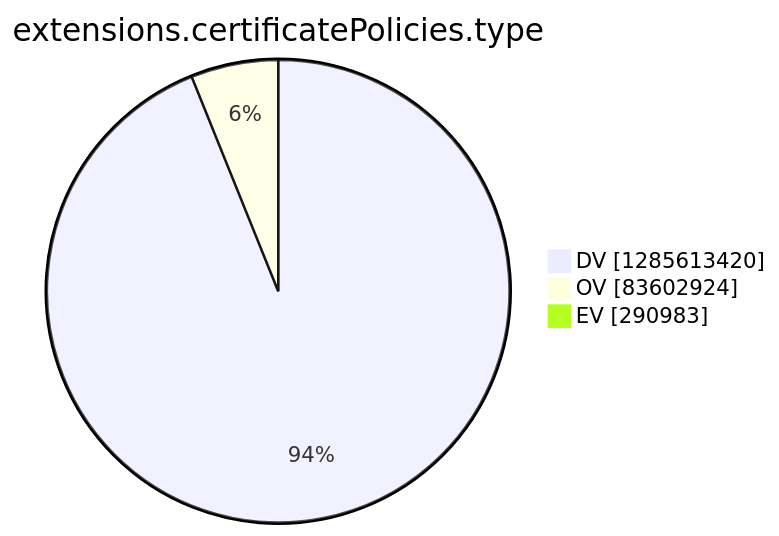
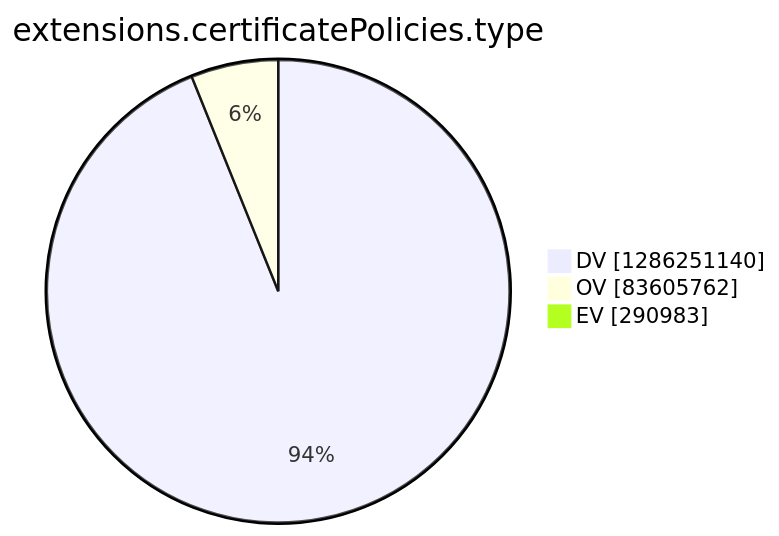
The tenth of 15 diagrams in argon2022/README.md (christiankrug/ctmonitor_visualization), drawn with Mermaid before and after one commit. The commit also changed other lines of this file, not shown here.

````diff
--- a/argon2022/README.md
+++ b/argon2022/README.md
@@ -2771,7 +2771,7 @@
 ```mermaid
 pie showData
 title extensions.certificatePolicies.type
-"DV" :1285613420
-"OV" :83602924
+"DV" :1286251140
+"OV" :83605762
 "EV" :290983
 ```
````
